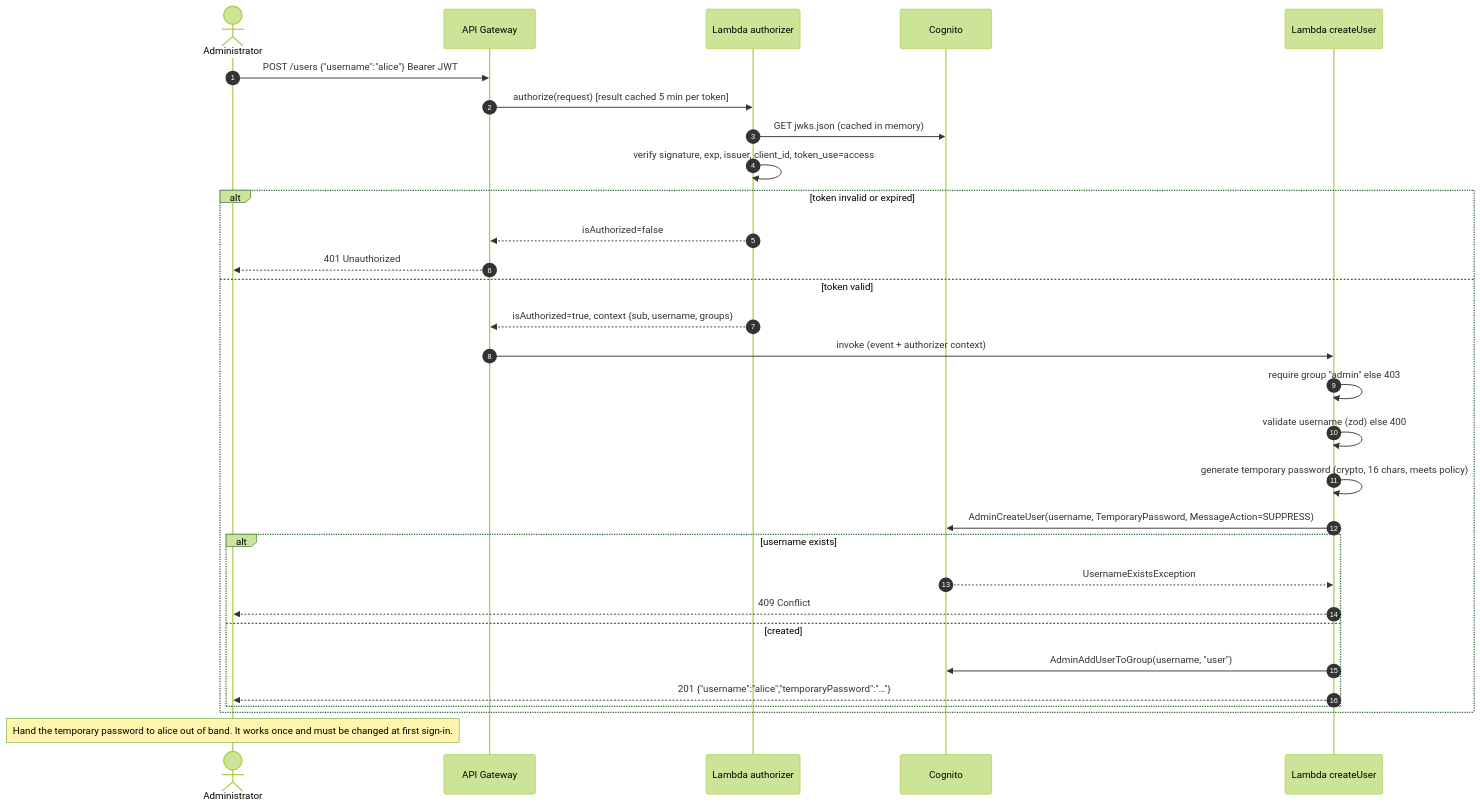
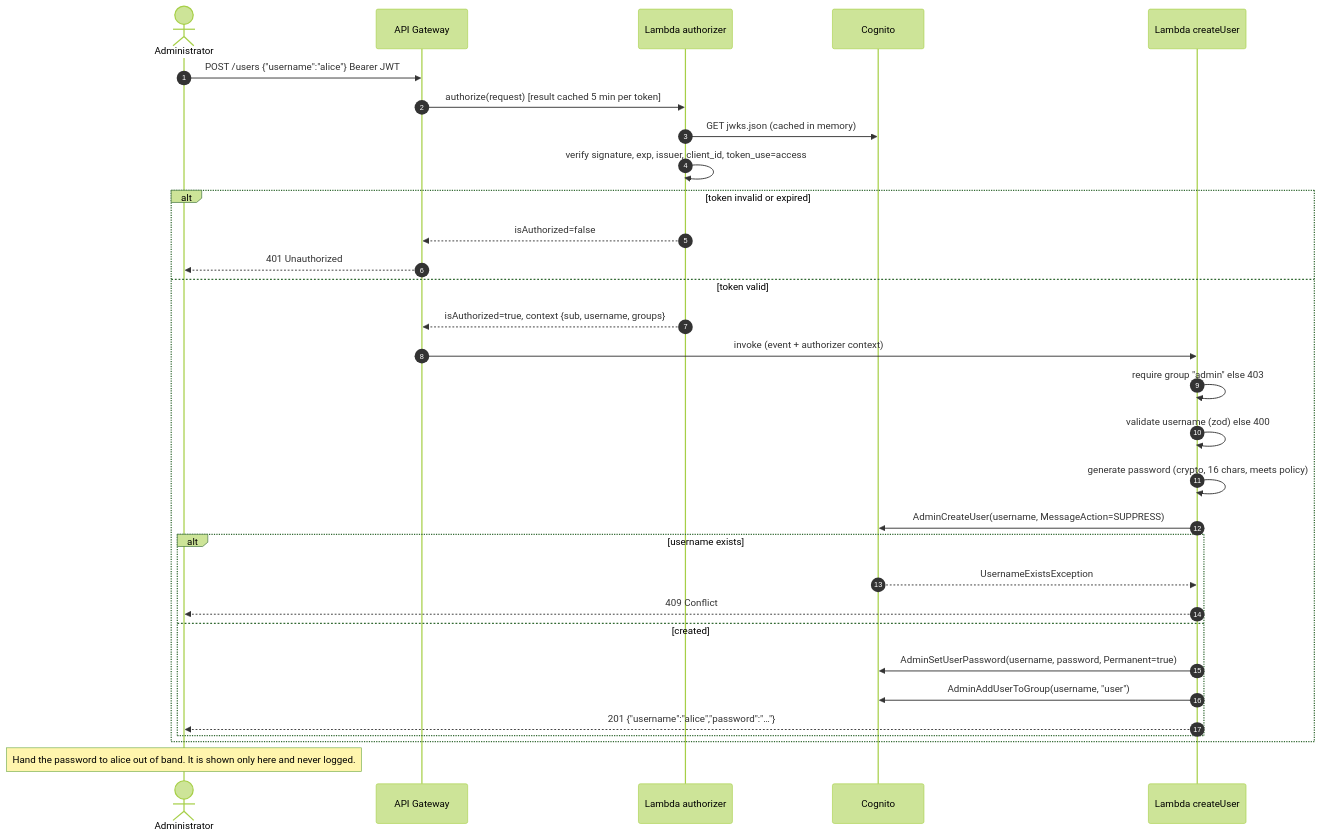
Before and after one commit to EnricoPicci/shared-calendar: the fourth of 7 diagrams in docs/ARCHITECTURE.md, drawn with Mermaid (forest theme). The commit also changed other lines of this file and 2 other files, not shown here.

First line of the commit message:
Refine the initial design: permanent passwords, role-based Hello World

````diff
--- a/docs/ARCHITECTURE.md
+++ b/docs/ARCHITECTURE.md
@@ -217,33 +248,34 @@
 ```mermaid
 sequenceDiagram
     autonumber
     actor A as Administrator
     participant GW as API Gateway
     participant AUTH as Lambda authorizer
     participant COG as Cognito
     participant CU as Lambda createUser
 
     A->>GW: POST /users {"username":"alice"}  Bearer JWT
     GW->>AUTH: authorize(request)  [result cached 5 min per token]
     AUTH->>COG: GET jwks.json (cached in memory)
     AUTH->>AUTH: verify signature, exp, issuer, client_id, token_use=access
     alt token invalid or expired
         AUTH-->>GW: isAuthorized=false
         GW-->>A: 401 Unauthorized
     else token valid
         AUTH-->>GW: isAuthorized=true, context {sub, username, groups}
         GW->>CU: invoke (event + authorizer context)
         CU->>CU: require group "admin" else 403
         CU->>CU: validate username (zod) else 400
-        CU->>CU: generate temporary password (crypto, 16 chars, meets policy)
-        CU->>COG: AdminCreateUser(username, TemporaryPassword, MessageAction=SUPPRESS)
+        CU->>CU: generate password (crypto, 16 chars, meets policy)
+        CU->>COG: AdminCreateUser(username, MessageAction=SUPPRESS)
         alt username exists
             COG-->>CU: UsernameExistsException
             CU-->>A: 409 Conflict
         else created
+            CU->>COG: AdminSetUserPassword(username, password, Permanent=true)
             CU->>COG: AdminAddUserToGroup(username, "user")
-            CU-->>A: 201 {"username":"alice","temporaryPassword":"…"}
+            CU-->>A: 201 {"username":"alice","password":"…"}
         end
     end
-    Note over A: Hand the temporary password to alice out of band. It works once and must be changed at first sign-in.
+    Note over A: Hand the password to alice out of band. It is shown only here and never logged.
 ```
````
